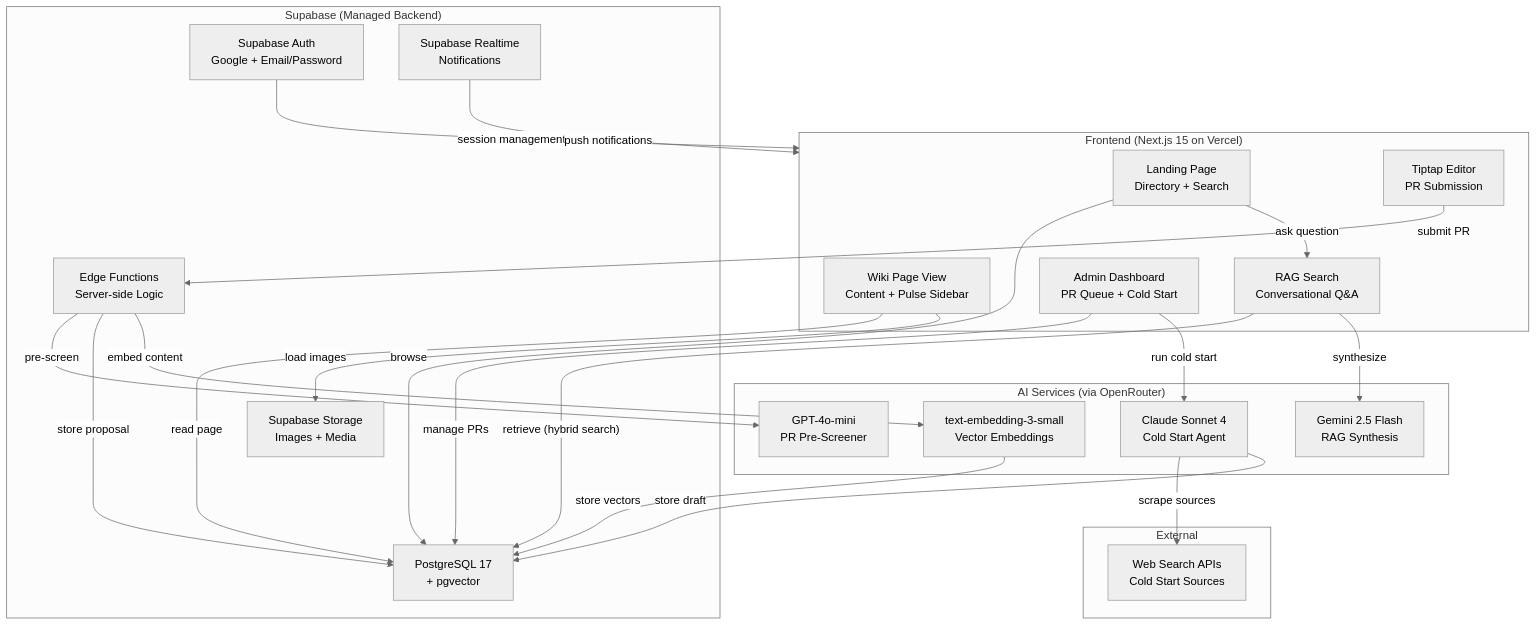
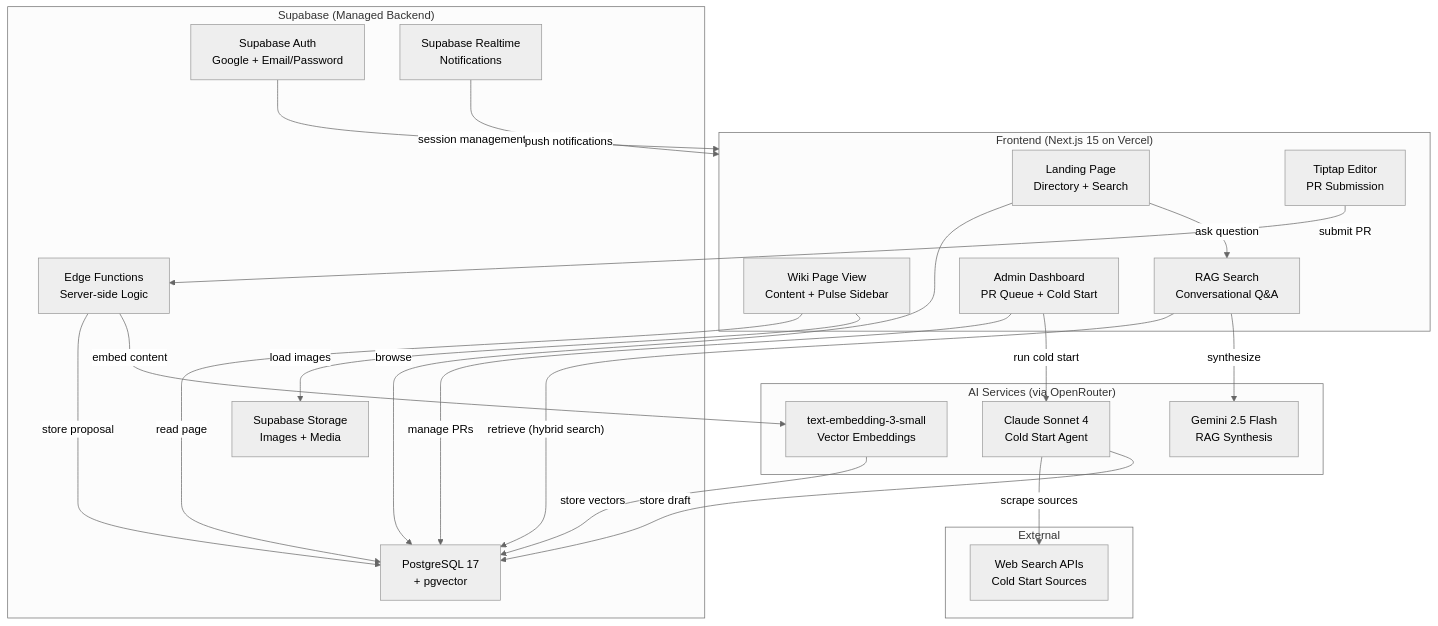
The diagram in UW-Wiki/PRD.md (suryajj/uw-wiki), drawn with Mermaid (neutral theme) before and after one commit. The commit also changed other lines of this file and 12 other files, not shown here.

````diff
--- a/UW-Wiki/PRD.md
+++ b/UW-Wiki/PRD.md
@@ -567,47 +553,45 @@
 ```mermaid
 graph TD
     subgraph Frontend["Frontend (Next.js 15 on Vercel)"]
         Landing["Landing Page\nDirectory + Search"]
         WikiPage["Wiki Page View\nContent + Pulse Sidebar"]
         Editor["Tiptap Editor\nPR Submission"]
         SearchUI["RAG Search\nConversational Q&A"]
         AdminDash["Admin Dashboard\nPR Queue + Cold Start"]
     end
 
     subgraph Supabase["Supabase (Managed Backend)"]
         Auth["Supabase Auth\nGoogle + Email/Password"]
         DB["PostgreSQL 17\n+ pgvector"]
         Storage["Supabase Storage\nImages + Media"]
         Realtime["Supabase Realtime\nNotifications"]
         EdgeFn["Edge Functions\nServer-side Logic"]
     end
 
     subgraph AI["AI Services (via OpenRouter)"]
         RAG["Gemini 2.5 Flash\nRAG Synthesis"]
-        PreScreen["GPT-4o-mini\nPR Pre-Screener"]
         ColdStart["Claude Sonnet 4\nCold Start Agent"]
         Embeddings["text-embedding-3-small\nVector Embeddings"]
     end
 
     subgraph External["External"]
         WebSearch["Web Search APIs\nCold Start Sources"]
     end
 
     Landing -->|browse| DB
     Landing -->|ask question| SearchUI
     SearchUI -->|"retrieve (hybrid search)"| DB
     SearchUI -->|synthesize| RAG
     WikiPage -->|read page| DB
     WikiPage -->|load images| Storage
     Editor -->|submit PR| EdgeFn
-    EdgeFn -->|pre-screen| PreScreen
     EdgeFn -->|store proposal| DB
     AdminDash -->|manage PRs| DB
     AdminDash -->|run cold start| ColdStart
     ColdStart -->|scrape sources| WebSearch
     ColdStart -->|store draft| DB
     Auth -->|session management| Frontend
     Realtime -->|push notifications| Frontend
     EdgeFn -->|embed content| Embeddings
     Embeddings -->|store vectors| DB
 ```
````
